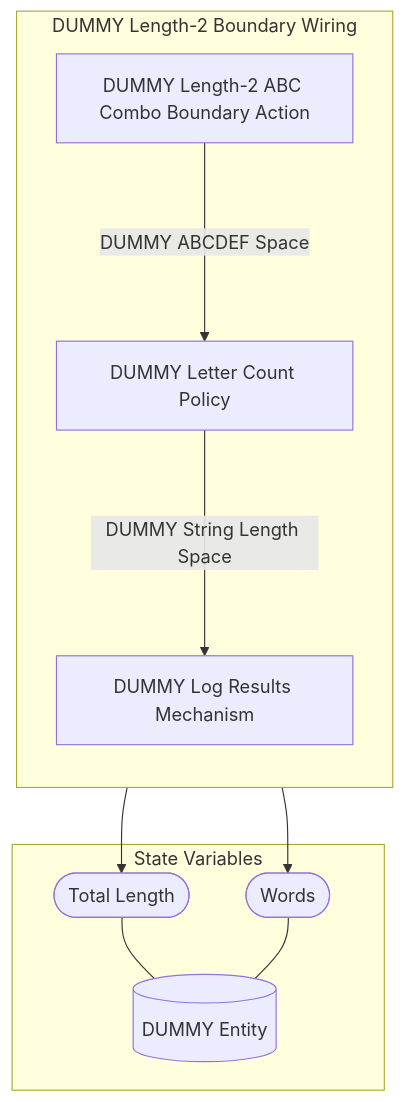
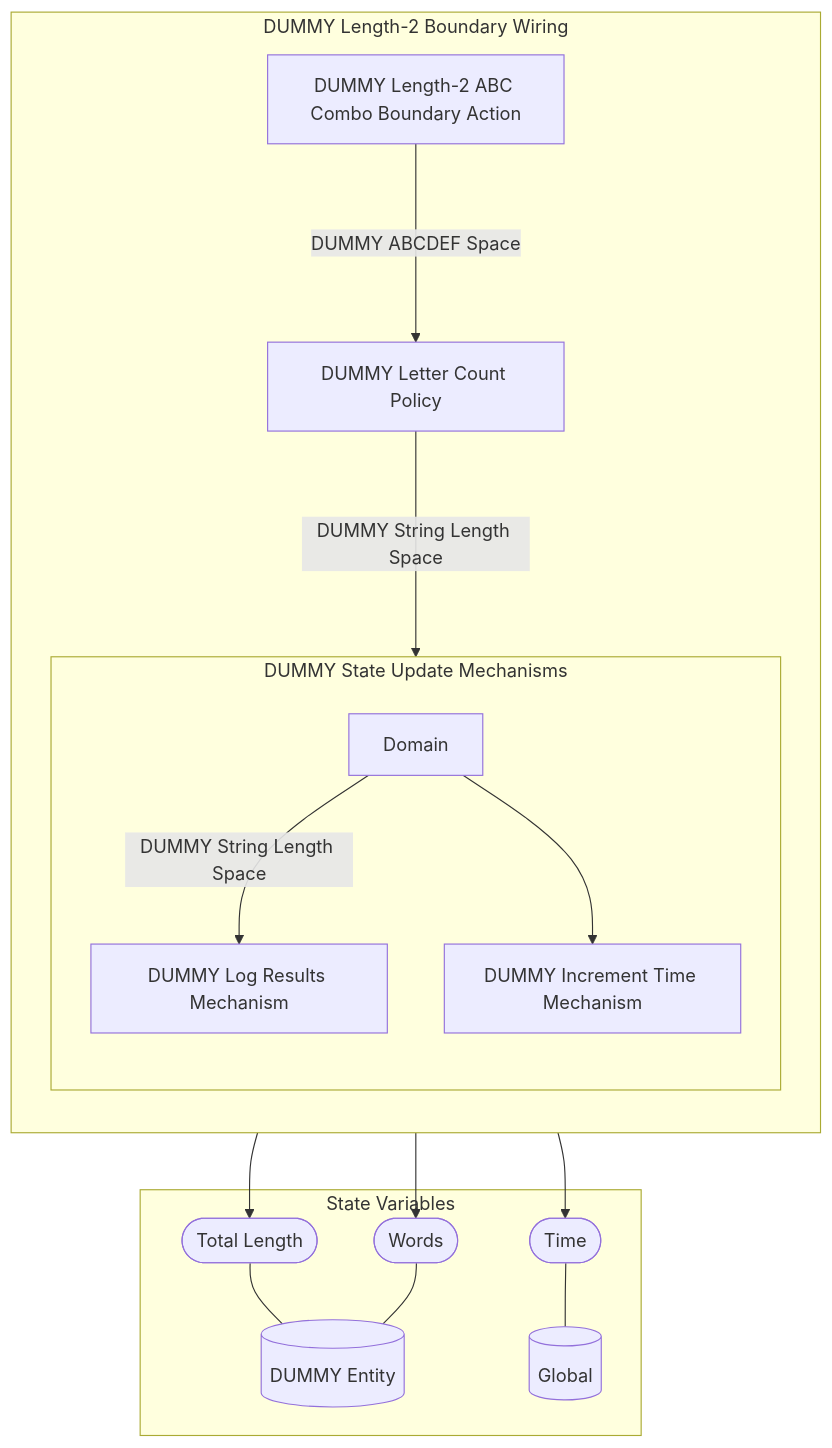
Before and after one commit to BlockScience/MSML-Template: the diagram in reports/obsidian/Wiring/DUMMY Length-2 Boundary Wiring.md, drawn with Mermaid. The commit also changed other lines of this file and 13 other files, not shown here.

````diff
--- a/reports/obsidian/Wiring/DUMMY Length-2 Boundary Wiring.md
+++ b/reports/obsidian/Wiring/DUMMY Length-2 Boundary Wiring.md
@@ -3,22 +3,36 @@
 ```mermaid
 graph TB
 
 subgraph SVS["State Variables"]
 EE0[("DUMMY Entity")]
+EE1[("Global")]
 EES0(["Total Length"])
 EES0 --- EE0
 EES1(["Words"])
 EES1 --- EE0
+EES2(["Time"])
+EES2 --- EE1
 end
 
-subgraph X4["DUMMY Length-2 Boundary Wiring"]
+subgraph X8["DUMMY Length-2 Boundary Wiring"]
 direction TB
 X1["DUMMY Length-2 ABC Combo Boundary Action"]
 X2["DUMMY Letter Count Policy"]
+subgraph X7["DUMMY State Update Mechanisms"]
+direction TB
 X3["DUMMY Log Results Mechanism"]
 X3 --> EES1
 X3 --> EES0
+X4["DUMMY Increment Time Mechanism"]
+X4 --> EES2
+X5[Domain]
+
+direction LR
+direction TB
+X5 --"DUMMY String Length Space"--> X3
+X5 --> X4
+end
 X1--"DUMMY ABCDEF Space"--->X2
-X2--"DUMMY String Length Space"--->X3
+X2--"DUMMY String Length Space"--->X7
 end
 ```
````
